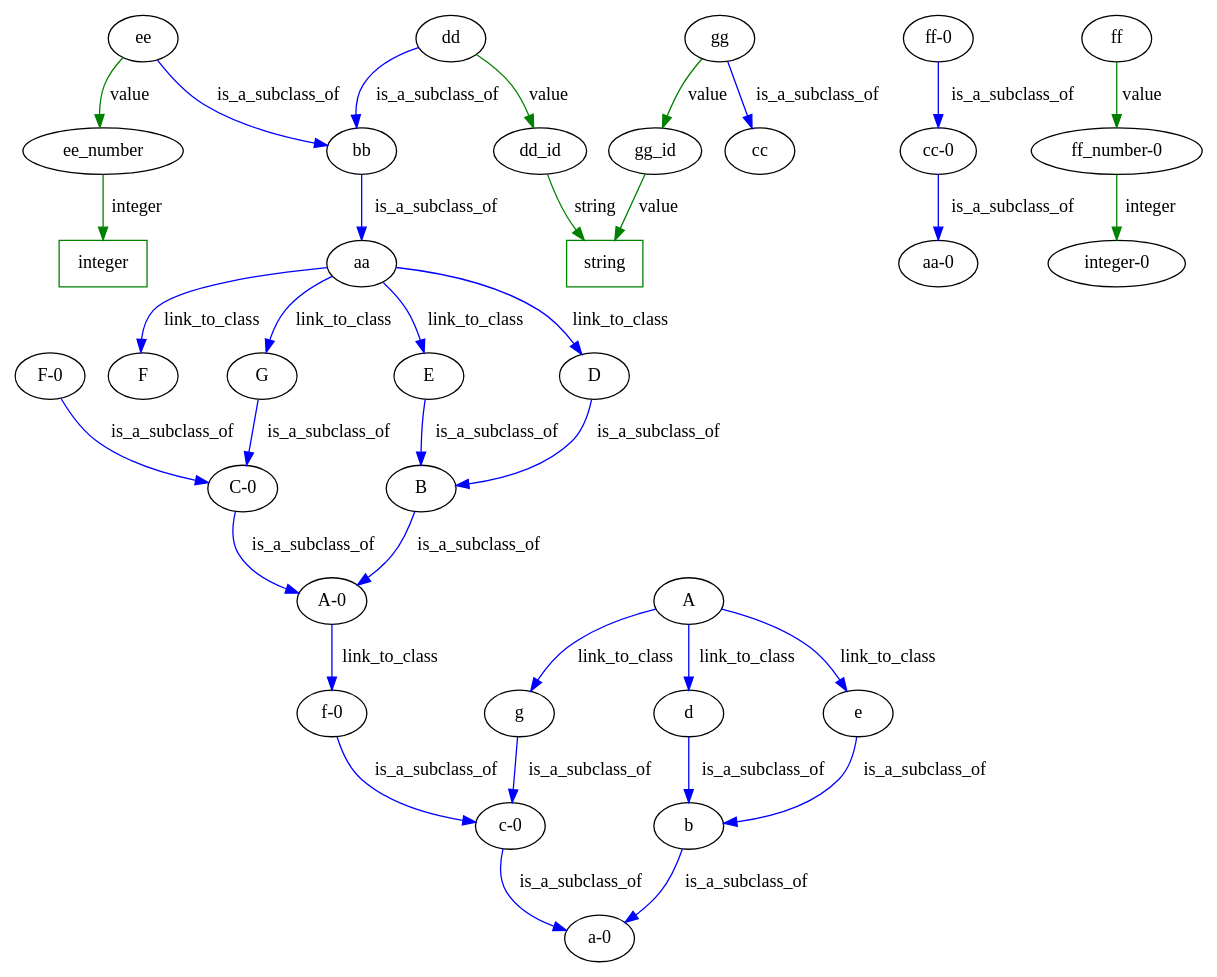
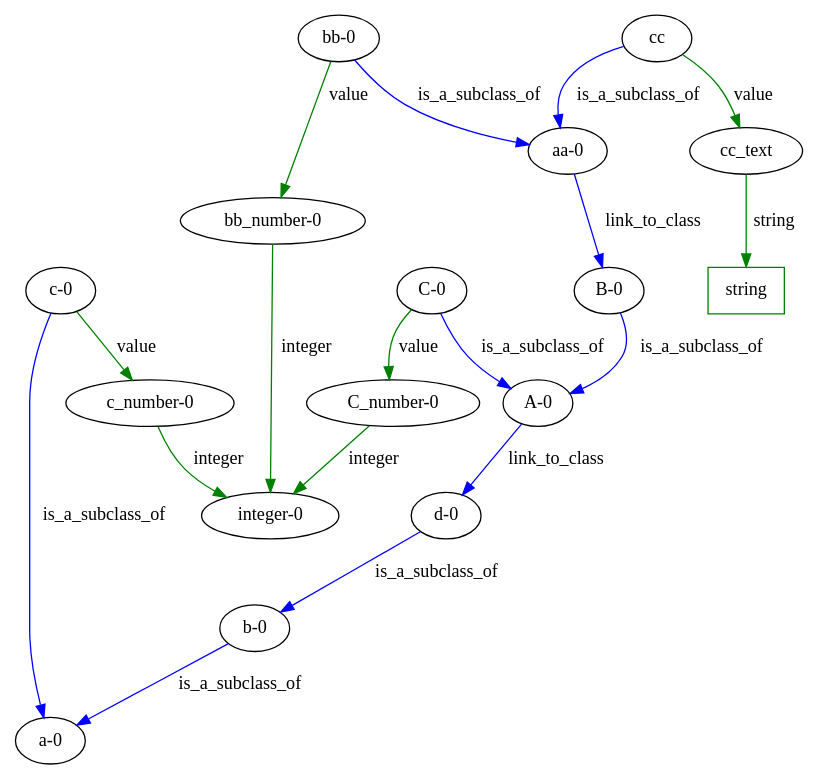
The diagram in ontologyRepository/Digraph.gv (heinz-preisig/PeriConto), drawn with Graphviz before and after one commit. The commit also changed 5 other files, not shown here.

```diff
--- a/ontologyRepository/Digraph.gv
+++ b/ontologyRepository/Digraph.gv
@@ -1,104 +1,53 @@
 digraph {
-	e
-	b
-	e -> b [label=is_a_subclass_of color=blue]
-	gg
-	gg_id
-	gg -> gg_id [label=value color=green]
+	"bb-0"
+	"aa-0"
+	"bb-0" -> "aa-0" [label=is_a_subclass_of color=blue]
+	"A-0"
+	"d-0"
+	"A-0" -> "d-0" [label=link_to_class color=blue]
+	cc
+	cc_text
+	cc -> cc_text [label=value color=green]
 	string [color=green shape=rectangle]
 	string
-	dd_id -> string [label=string color=green]
-	"ff-0"
-	"cc-0"
-	"ff-0" -> "cc-0" [label=is_a_subclass_of color=blue]
-	d
-	b
-	d -> b [label=is_a_subclass_of color=blue]
-	"ff_number-0"
-	"integer-0"
-	"ff_number-0" -> "integer-0" [label=integer color=green]
-	aa
-	F
-	aa -> F [label=link_to_class color=blue]
-	aa
-	G
-	aa -> G [label=link_to_class color=blue]
-	ee
-	bb
-	ee -> bb [label=is_a_subclass_of color=blue]
-	A
-	d
-	A -> d [label=link_to_class color=blue]
-	"f-0"
-	"c-0"
-	"f-0" -> "c-0" [label=is_a_subclass_of color=blue]
-	aa
-	E
-	aa -> E [label=link_to_class color=blue]
-	ff
-	"ff_number-0"
-	ff -> "ff_number-0" [label=value color=green]
-	E
-	B
-	E -> B [label=is_a_subclass_of color=blue]
-	"cc-0"
-	"aa-0"
-	"cc-0" -> "aa-0" [label=is_a_subclass_of color=blue]
-	D
-	B
-	D -> B [label=is_a_subclass_of color=blue]
-	aa
-	D
-	aa -> D [label=link_to_class color=blue]
-	string [color=green shape=rectangle]
-	string
-	gg_id -> string [label=value color=green]
-	dd
-	bb
-	dd -> bb [label=is_a_subclass_of color=blue]
-	A
-	e
-	A -> e [label=link_to_class color=blue]
-	B
-	"A-0"
-	B -> "A-0" [label=is_a_subclass_of color=blue]
-	dd
-	dd_id
-	dd -> dd_id [label=value color=green]
-	bb
-	aa
-	bb -> aa [label=is_a_subclass_of color=blue]
-	b
-	"a-0"
-	b -> "a-0" [label=is_a_subclass_of color=blue]
+	cc_text -> string [label=string color=green]
 	"C-0"
 	"A-0"
 	"C-0" -> "A-0" [label=is_a_subclass_of color=blue]
-	g
-	"c-0"
-	g -> "c-0" [label=is_a_subclass_of color=blue]
-	G
-	"C-0"
-	G -> "C-0" [label=is_a_subclass_of color=blue]
-	"F-0"
-	"C-0"
-	"F-0" -> "C-0" [label=is_a_subclass_of color=blue]
-	ee
-	ee_number
-	ee -> ee_number [label=value color=green]
-	A
-	g
-	A -> g [label=link_to_class color=blue]
-	gg
-	cc
-	gg -> cc [label=is_a_subclass_of color=blue]
-	integer [color=green shape=rectangle]
-	integer
-	ee_number -> integer [label=integer color=green]
-	"A-0"
-	"f-0"
-	"A-0" -> "f-0" [label=link_to_class color=blue]
 	"c-0"
 	"a-0"
 	"c-0" -> "a-0" [label=is_a_subclass_of color=blue]
+	"bb_number-0"
+	"integer-0"
+	"bb_number-0" -> "integer-0" [label=integer color=green]
+	"b-0"
+	"a-0"
+	"b-0" -> "a-0" [label=is_a_subclass_of color=blue]
+	"C_number-0"
+	"integer-0"
+	"C_number-0" -> "integer-0" [label=integer color=green]
+	"B-0"
+	"A-0"
+	"B-0" -> "A-0" [label=is_a_subclass_of color=blue]
+	"bb-0"
+	"bb_number-0"
+	"bb-0" -> "bb_number-0" [label=value color=green]
+	cc
+	"aa-0"
+	cc -> "aa-0" [label=is_a_subclass_of color=blue]
+	"c-0"
+	"c_number-0"
+	"c-0" -> "c_number-0" [label=value color=green]
+	"c_number-0"
+	"integer-0"
+	"c_number-0" -> "integer-0" [label=integer color=green]
+	"aa-0"
+	"B-0"
+	"aa-0" -> "B-0" [label=link_to_class color=blue]
+	"d-0"
+	"b-0"
+	"d-0" -> "b-0" [label=is_a_subclass_of color=blue]
+	"C-0"
+	"C_number-0"
+	"C-0" -> "C_number-0" [label=value color=green]
 }
```
